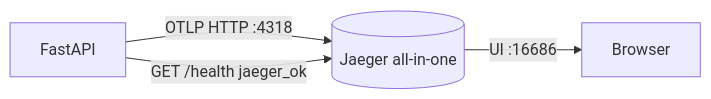
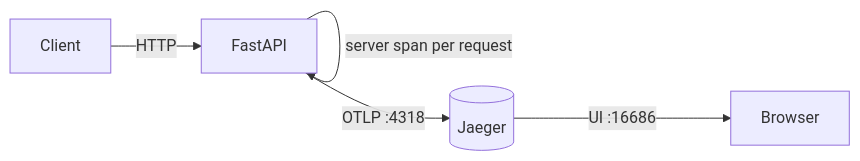
Before and after one commit to jayakrishnan98/InsightNode: the diagram in docs/phase-5-architecture.md, drawn with Mermaid. The commit also changed other lines of this file and 5 other files, not shown here.

````diff
--- a/docs/phase-5-architecture.md
+++ b/docs/phase-5-architecture.md
@@ -18,6 +18,7 @@
 ```mermaid
 flowchart LR
-  API[FastAPI] -->|OTLP HTTP :4318| Jaeger[(Jaeger all-in-one)]
+  Client -->|HTTP| API[FastAPI]
+  API -->|server span per request| API
+  API -->|OTLP :4318| Jaeger[(Jaeger)]
   Jaeger -->|UI :16686| Browser
-  API -->|GET /health jaeger_ok| Jaeger
 ```
````
